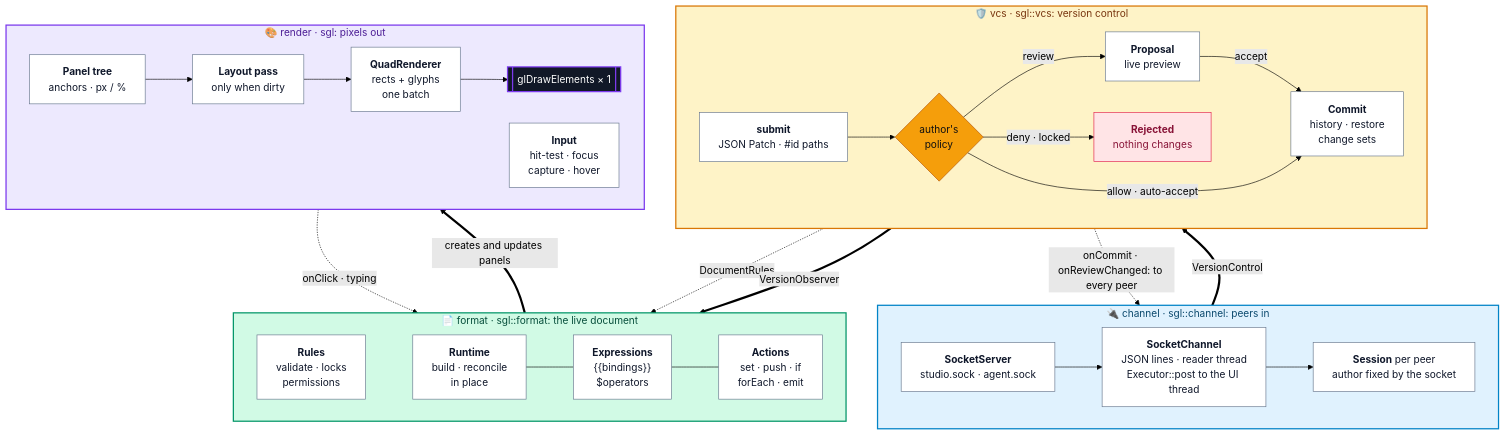
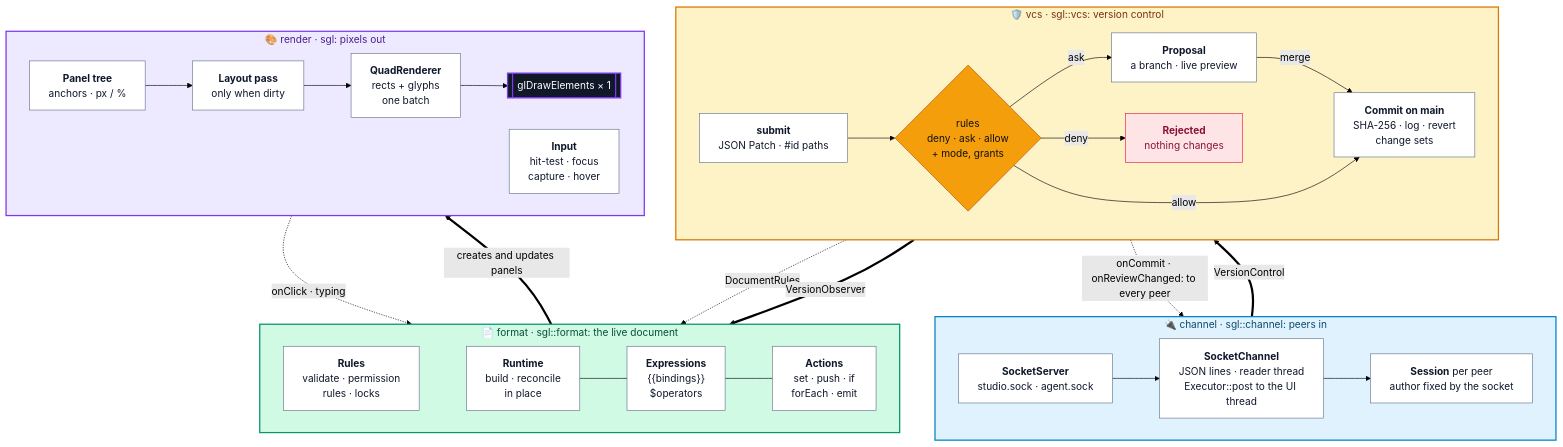
One commit to RiccardoSottini/AffrescoUI changed the second of 5 diagrams in README.md. Above: the diagram before and after it, drawn with Mermaid (forest theme). The commit also changed other lines of this file and 30 other files, not shown here.

````diff
--- a/README.md
+++ b/README.md
@@ -211,46 +215,46 @@
 ```mermaid
 flowchart TB
     subgraph CH["🔌 channel · sgl::channel: peers in"]
         direction LR
         SS["<b>SocketServer</b><br/>studio.sock · agent.sock"] --> SC["<b>SocketChannel</b><br/>JSON lines · reader thread<br/>Executor::post to the UI thread"] --> SE["<b>Session</b> per peer<br/>author fixed by the socket"]
     end
 
     subgraph VC["🛡️ vcs · sgl::vcs: version control"]
         direction LR
-        SUB["<b>submit</b><br/>JSON Patch · #id paths"] --> POL{"author's<br/>policy"}
-        POL -- "review" --> PRO["<b>Proposal</b><br/>live preview"] -- "accept" --> COM
-        POL -- "allow · auto-accept" --> COM["<b>Commit</b><br/>history · restore<br/>change sets"]
-        POL -- "deny · locked" --> REJ["<b>Rejected</b><br/>nothing changes"]
+        SUB["<b>submit</b><br/>JSON Patch · #id paths"] --> POL{"rules<br/>deny · ask · allow<br/>+ mode, grants"}
+        POL -- "ask" --> PRO["<b>Proposal</b><br/>a branch · live preview"] -- "merge" --> COM
+        POL -- "allow" --> COM["<b>Commit on main</b><br/>SHA-256 · log · revert<br/>change sets"]
+        POL -- "deny" --> REJ["<b>Rejected</b><br/>nothing changes"]
     end
 
     subgraph FM["📄 format · sgl::format: the live document"]
         direction LR
-        RU["<b>Rules</b><br/>validate · locks<br/>permissions"] ~~~ RT["<b>Runtime</b><br/>build · reconcile<br/>in place"] --- EXP["<b>Expressions</b><br/>{{bindings}}<br/>$operators"] --- ACT["<b>Actions</b><br/>set · push · if<br/>forEach · emit"]
+        RU["<b>Rules</b><br/>validate · permission<br/>rules · locks"] ~~~ RT["<b>Runtime</b><br/>build · reconcile<br/>in place"] --- EXP["<b>Expressions</b><br/>{{bindings}}<br/>$operators"] --- ACT["<b>Actions</b><br/>set · push · if<br/>forEach · emit"]
     end
 
     subgraph RD["🎨 render · sgl: pixels out"]
         direction LR
         TREE["<b>Panel tree</b><br/>anchors · px / %"] --> LAY["<b>Layout pass</b><br/>only when dirty"] --> QR["<b>QuadRenderer</b><br/>rects + glyphs<br/>one batch"] --> GL[["glDrawElements × 1"]]
         IN["<b>Input</b><br/>hit-test · focus<br/>capture · hover"]
     end
 
     SE == "VersionControl" ==> SUB
     SUB -. "DocumentRules" .-> RU
     COM == "VersionObserver" ==> RT
     RT == "creates and updates panels" ==> TREE
     IN -. "onClick · typing" .-> ACT
     COM -. "onCommit · onReviewChanged: to every peer" .-> SE
 
     style CH fill:#E0F2FE,stroke:#0284C7,stroke-width:2px,color:#0C4A6E
     style VC fill:#FEF3C7,stroke:#D97706,stroke-width:2px,color:#78350F
     style FM fill:#D1FAE5,stroke:#059669,stroke-width:2px,color:#064E3B
     style RD fill:#EDE9FE,stroke:#7C3AED,stroke-width:2px,color:#4C1D95
     classDef node fill:#FFFFFF,stroke:#64748B,color:#0F172A
     class SS,SC,SE,SUB,PRO,COM,RU,RT,EXP,ACT,TREE,LAY,QR,IN node
     classDef decision fill:#F59E0B,stroke:#B45309,color:#111
     class POL decision
     classDef hot fill:#111827,stroke:#7C3AED,stroke-width:2px,color:#fff
     class GL hot
     classDef no fill:#FFE4E6,stroke:#E11D48,color:#881337
     class REJ no
 ```
````
